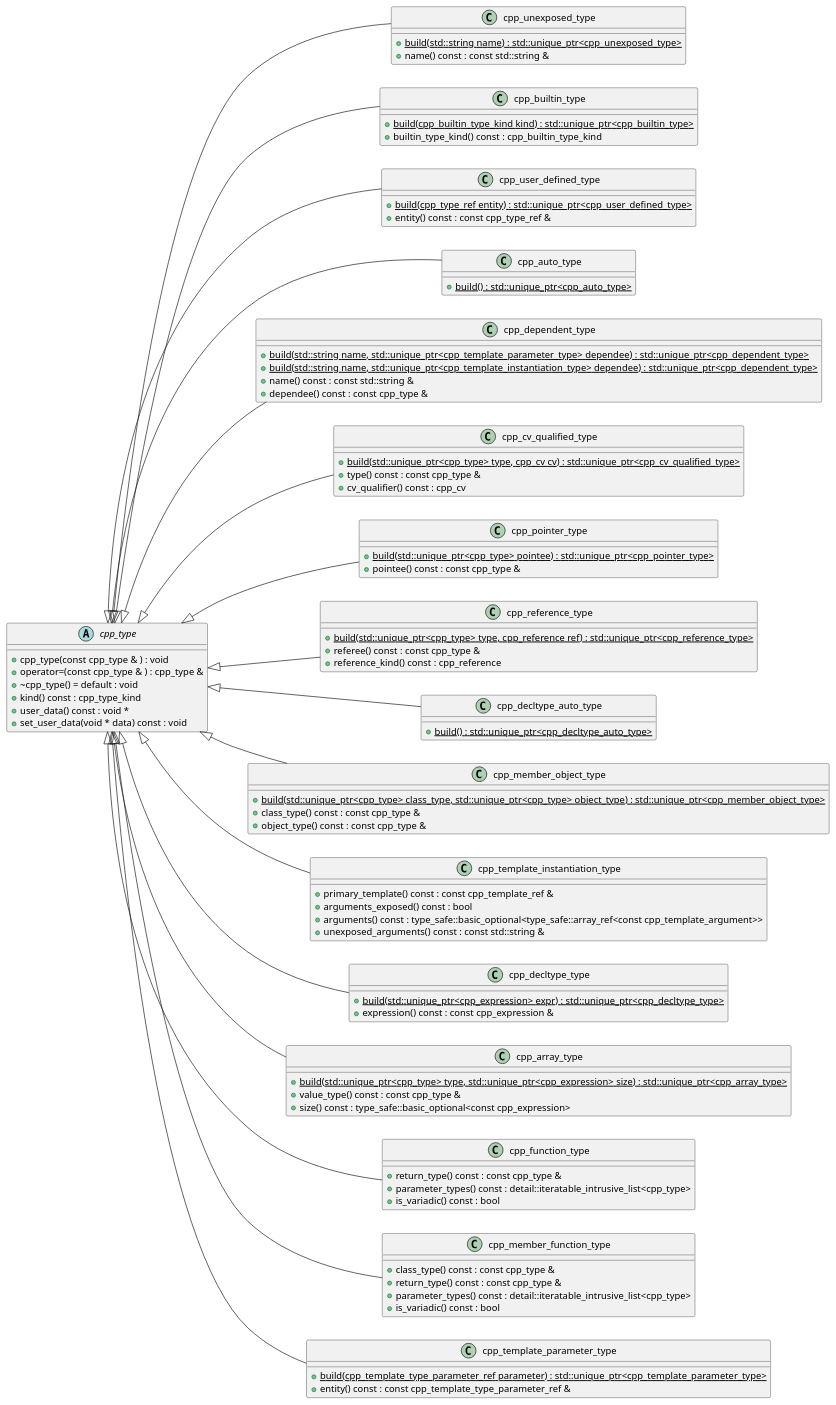
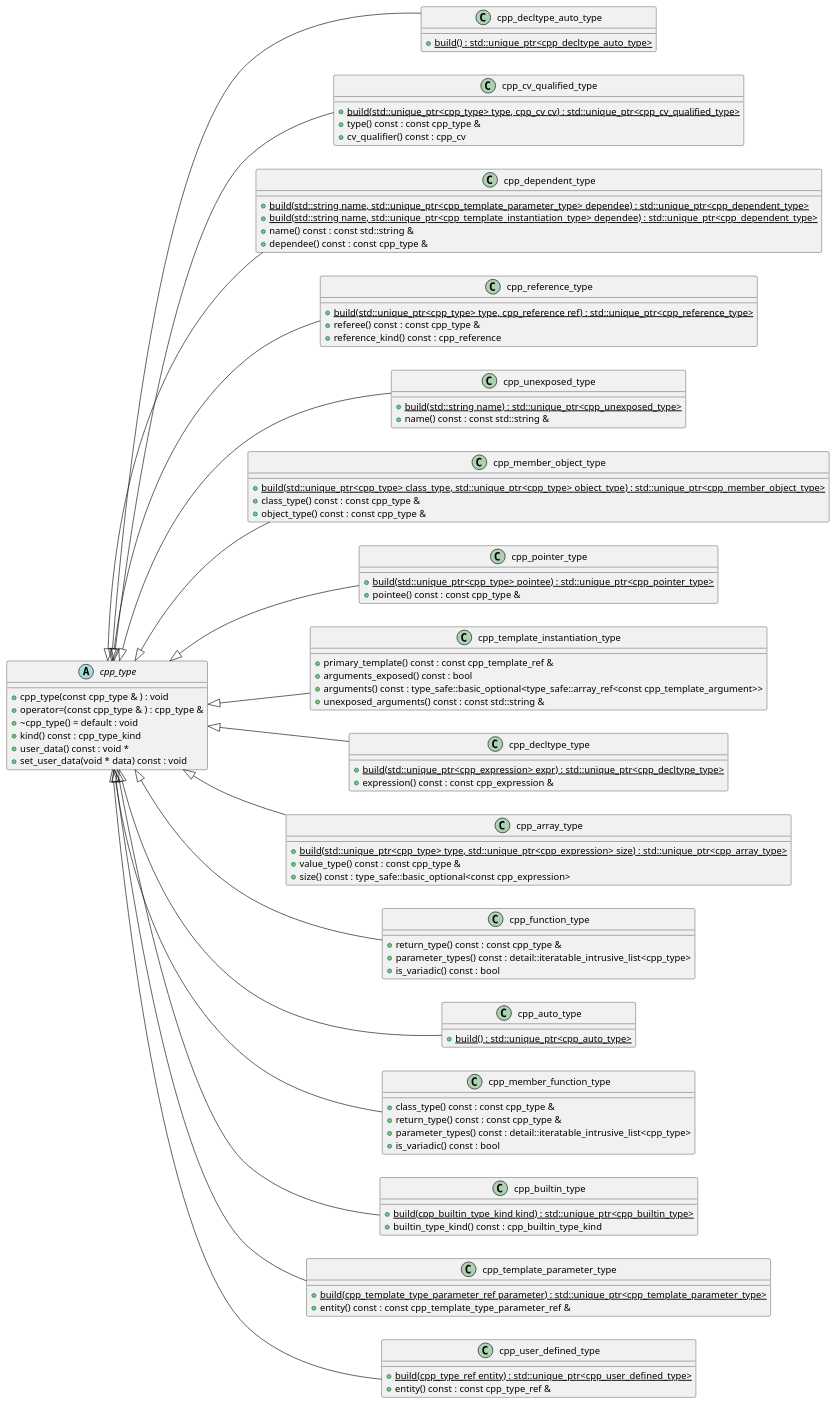
One commit to bkryza/clang-uml-examples changed the diagram in cppast/puml/cpp_type_class_hierarchy_full_diagram.puml. Above: the diagram before and after it, drawn with PlantUML. The commit also changed 33 other files, not shown here.

Commit message:
Added makefiles for automated building of example diagrams

```diff
--- a/cppast/puml/cpp_type_class_hierarchy_full_diagram.puml
+++ b/cppast/puml/cpp_type_class_hierarchy_full_diagram.puml
@@ -1,117 +1,117 @@
 @startuml
 left to right direction
-abstract "cpp_type" as C_0001585653041236922459
-abstract C_0001585653041236922459 [[https://github.com/foonathan/cppast/blob/f81be80b524a88533f7e5eefd96fe10dc59cc289/include/cppast/cpp_type.hpp#L44{Base class for all C++ types.}]] {
-+cpp_type(const cpp_type & ) : void
-+operator=(const cpp_type & ) : cpp_type &
-+~cpp_type() = default : void
-+kind() const : cpp_type_kind
-+user_data() const : void *
-+set_user_data(void * data) const : void
+class "cpp_decltype_auto_type" as C_0000026248340214462662
+class C_0000026248340214462662 [[https://github.com/foonathan/cppast/blob/f81be80b524a88533f7e5eefd96fe10dc59cc289/include/cppast/cppast_fwd.hpp#L27{cpp_decltype_auto_type}]] {
+{static} +build() : std::unique_ptr<cpp_decltype_auto_type>
 }
-class "cpp_unexposed_type" as C_0000601730303705395408
-class C_0000601730303705395408 [[https://github.com/foonathan/cppast/blob/f81be80b524a88533f7e5eefd96fe10dc59cc289/include/cppast/cpp_type.hpp#L95{An unexposed [cppast::cpp_type](). This is one where no further information besides a name is available.}]] {
-{static} +build(std::string name) : std::unique_ptr<cpp_unexposed_type>
-+name() const : const std::string &
-}
-class "cpp_builtin_type" as C_0002035785082080260407
-class C_0002035785082080260407 [[https://github.com/foonathan/cppast/blob/f81be80b524a88533f7e5eefd96fe10dc59cc289/include/cppast/cpp_type.hpp#L161{A builtin [cppast::cpp_type](). This is one where there is no associated [cppast::cpp_entity]().}]] {
-{static} +build(cpp_builtin_type_kind kind) : std::unique_ptr<cpp_builtin_type>
-+builtin_type_kind() const : cpp_builtin_type_kind
-}
-class "cpp_user_defined_type" as C_0002166954434825938188
-class C_0002166954434825938188 [[https://github.com/foonathan/cppast/blob/f81be80b524a88533f7e5eefd96fe10dc59cc289/include/cppast/cpp_type.hpp#L202{A user-defined [cppast::cpp_type](). It has an associated [cppast::cpp_entity]().}]] {
-{static} +build(cpp_type_ref entity) : std::unique_ptr<cpp_user_defined_type>
-+entity() const : const cpp_type_ref &
-}
-class "cpp_auto_type" as C_0001809003368459807767
-class C_0001809003368459807767 [[https://github.com/foonathan/cppast/blob/f81be80b524a88533f7e5eefd96fe10dc59cc289/include/cppast/cpp_type.hpp#L230{A [cppast::cpp_type]() that isn't given but deduced by `auto`.}]] {
-{static} +build() : std::unique_ptr<cpp_auto_type>
+class "cpp_cv_qualified_type" as C_0000342846994454958214
+class C_0000342846994454958214 [[https://github.com/foonathan/cppast/blob/f81be80b524a88533f7e5eefd96fe10dc59cc289/include/cppast/cppast_fwd.hpp#L26{cpp_cv_qualified_type}]] {
+{static} +build(std::unique_ptr<cpp_type> type, cpp_cv cv) : std::unique_ptr<cpp_cv_qualified_type>
++type() const : const cpp_type &
++cv_qualifier() const : cpp_cv
 }
 class "cpp_dependent_type" as C_0000507998479194737071
-class C_0000507998479194737071 [[https://github.com/foonathan/cppast/blob/f81be80b524a88533f7e5eefd96fe10dc59cc289/include/cppast/cpp_type.hpp#L249{A [cppast::cpp_type]() that depends on another type.}]] {
+class C_0000507998479194737071 [[https://github.com/foonathan/cppast/blob/f81be80b524a88533f7e5eefd96fe10dc59cc289/include/cppast/cppast_fwd.hpp#L29{cpp_dependent_type}]] {
 {static} +build(std::string name, std::unique_ptr<cpp_template_parameter_type> dependee) : std::unique_ptr<cpp_dependent_type>
 {static} +build(std::string name, std::unique_ptr<cpp_template_instantiation_type> dependee) : std::unique_ptr<cpp_dependent_type>
 +name() const : const std::string &
 +dependee() const : const cpp_type &
 }
-class "cpp_cv_qualified_type" as C_0000342846994454958214
-class C_0000342846994454958214 [[https://github.com/foonathan/cppast/blob/f81be80b524a88533f7e5eefd96fe10dc59cc289/include/cppast/cpp_type.hpp#L311{A [cppast::cpp_cv]() qualified [cppast::cpp_type]().}]] {
-{static} +build(std::unique_ptr<cpp_type> type, cpp_cv cv) : std::unique_ptr<cpp_cv_qualified_type>
-+type() const : const cpp_type &
-+cv_qualifier() const : cpp_cv
-}
-class "cpp_pointer_type" as C_0000861535705589766807
-class C_0000861535705589766807 [[https://github.com/foonathan/cppast/blob/f81be80b524a88533f7e5eefd96fe10dc59cc289/include/cppast/cpp_type.hpp#L359{A pointer to a [cppast::cpp_type]().}]] {
-{static} +build(std::unique_ptr<cpp_type> pointee) : std::unique_ptr<cpp_pointer_type>
-+pointee() const : const cpp_type &
-}
 class "cpp_reference_type" as C_0000600573949475383075
-class C_0000600573949475383075 [[https://github.com/foonathan/cppast/blob/f81be80b524a88533f7e5eefd96fe10dc59cc289/include/cppast/cpp_type.hpp#L394{A reference to a [cppast::cpp_type]().}]] {
+class C_0000600573949475383075 [[https://github.com/foonathan/cppast/blob/f81be80b524a88533f7e5eefd96fe10dc59cc289/include/cppast/cppast_fwd.hpp#L58{cpp_reference_type}]] {
 {static} +build(std::unique_ptr<cpp_type> type, cpp_reference ref) : std::unique_ptr<cpp_reference_type>
 +referee() const : const cpp_type &
 +reference_kind() const : cpp_reference
 }
-class "cpp_decltype_auto_type" as C_0000026248340214462662
-class C_0000026248340214462662 [[https://github.com/foonathan/cppast/blob/f81be80b524a88533f7e5eefd96fe10dc59cc289/include/cppast/cppast_fwd.hpp#L27{cpp_decltype_auto_type}]] {
-{static} +build() : std::unique_ptr<cpp_decltype_auto_type>
+class "cpp_unexposed_type" as C_0000601730303705395408
+class C_0000601730303705395408 [[https://github.com/foonathan/cppast/blob/f81be80b524a88533f7e5eefd96fe10dc59cc289/include/cppast/cppast_fwd.hpp#L74{cpp_unexposed_type}]] {
+{static} +build(std::string name) : std::unique_ptr<cpp_unexposed_type>
++name() const : const std::string &
 }
 class "cpp_member_object_type" as C_0000603633382993980808
 class C_0000603633382993980808 [[https://github.com/foonathan/cppast/blob/f81be80b524a88533f7e5eefd96fe10dc59cc289/include/cppast/cppast_fwd.hpp#L53{cpp_member_object_type}]] {
 {static} +build(std::unique_ptr<cpp_type> class_type, std::unique_ptr<cpp_type> object_type) : std::unique_ptr<cpp_member_object_type>
 +class_type() const : const cpp_type &
 +object_type() const : const cpp_type &
+}
+class "cpp_pointer_type" as C_0000861535705589766807
+class C_0000861535705589766807 [[https://github.com/foonathan/cppast/blob/f81be80b524a88533f7e5eefd96fe10dc59cc289/include/cppast/cppast_fwd.hpp#L57{cpp_pointer_type}]] {
+{static} +build(std::unique_ptr<cpp_type> pointee) : std::unique_ptr<cpp_pointer_type>
++pointee() const : const cpp_type &
 }
 class "cpp_template_instantiation_type" as C_0001009421424714355715
 class C_0001009421424714355715 [[https://github.com/foonathan/cppast/blob/f81be80b524a88533f7e5eefd96fe10dc59cc289/include/cppast/cppast_fwd.hpp#L63{cpp_template_instantiation_type}]] {
 +primary_template() const : const cpp_template_ref &
 +arguments_exposed() const : bool
 +arguments() const : type_safe::basic_optional<type_safe::array_ref<const cpp_template_argument>>
 +unexposed_arguments() const : const std::string &
 }
 class "cpp_decltype_type" as C_0001184982835175222056
 class C_0001184982835175222056 [[https://github.com/foonathan/cppast/blob/f81be80b524a88533f7e5eefd96fe10dc59cc289/include/cppast/cppast_fwd.hpp#L28{cpp_decltype_type}]] {
 {static} +build(std::unique_ptr<cpp_expression> expr) : std::unique_ptr<cpp_decltype_type>
 +expression() const : const cpp_expression &
 }
 class "cpp_array_type" as C_0001347498727659770075
 class C_0001347498727659770075 [[https://github.com/foonathan/cppast/blob/f81be80b524a88533f7e5eefd96fe10dc59cc289/include/cppast/cppast_fwd.hpp#L14{cpp_array_type}]] {
 {static} +build(std::unique_ptr<cpp_type> type, std::unique_ptr<cpp_expression> size) : std::unique_ptr<cpp_array_type>
 +value_type() const : const cpp_type &
 +size() const : type_safe::basic_optional<const cpp_expression>
 }
 class "cpp_function_type" as C_0001455852309215570565
 class C_0001455852309215570565 [[https://github.com/foonathan/cppast/blob/f81be80b524a88533f7e5eefd96fe10dc59cc289/include/cppast/cppast_fwd.hpp#L44{cpp_function_type}]] {
 +return_type() const : const cpp_type &
 +parameter_types() const : detail::iteratable_intrusive_list<cpp_type>
 +is_variadic() const : bool
 }
+abstract "cpp_type" as C_0001585653041236922459
+abstract C_0001585653041236922459 [[https://github.com/foonathan/cppast/blob/f81be80b524a88533f7e5eefd96fe10dc59cc289/include/cppast/cppast_fwd.hpp#L70{cpp_type}]] {
++cpp_type(const cpp_type & ) : void
++operator=(const cpp_type & ) : cpp_type &
++~cpp_type() = default : void
++kind() const : cpp_type_kind
++user_data() const : void *
++set_user_data(void * data) const : void
+}
+class "cpp_auto_type" as C_0001809003368459807767
+class C_0001809003368459807767 [[https://github.com/foonathan/cppast/blob/f81be80b524a88533f7e5eefd96fe10dc59cc289/include/cppast/cppast_fwd.hpp#L16{cpp_auto_type}]] {
+{static} +build() : std::unique_ptr<cpp_auto_type>
+}
 class "cpp_member_function_type" as C_0001956941679276907326
 class C_0001956941679276907326 [[https://github.com/foonathan/cppast/blob/f81be80b524a88533f7e5eefd96fe10dc59cc289/include/cppast/cppast_fwd.hpp#L52{cpp_member_function_type}]] {
 +class_type() const : const cpp_type &
 +return_type() const : const cpp_type &
 +parameter_types() const : detail::iteratable_intrusive_list<cpp_type>
 +is_variadic() const : bool
 }
+class "cpp_builtin_type" as C_0002035785082080260407
+class C_0002035785082080260407 [[https://github.com/foonathan/cppast/blob/f81be80b524a88533f7e5eefd96fe10dc59cc289/include/cppast/cppast_fwd.hpp#L19{cpp_builtin_type}]] {
+{static} +build(cpp_builtin_type_kind kind) : std::unique_ptr<cpp_builtin_type>
++builtin_type_kind() const : cpp_builtin_type_kind
+}
 class "cpp_template_parameter_type" as C_0002158322113857881673
 class C_0002158322113857881673 [[https://github.com/foonathan/cppast/blob/f81be80b524a88533f7e5eefd96fe10dc59cc289/include/cppast/cppast_fwd.hpp#L65{cpp_template_parameter_type}]] {
 {static} +build(cpp_template_type_parameter_ref parameter) : std::unique_ptr<cpp_template_parameter_type>
 +entity() const : const cpp_template_type_parameter_ref &
 }
+class "cpp_user_defined_type" as C_0002166954434825938188
+class C_0002166954434825938188 [[https://github.com/foonathan/cppast/blob/f81be80b524a88533f7e5eefd96fe10dc59cc289/include/cppast/cppast_fwd.hpp#L75{cpp_user_defined_type}]] {
+{static} +build(cpp_type_ref entity) : std::unique_ptr<cpp_user_defined_type>
++entity() const : const cpp_type_ref &
+}
+C_0001585653041236922459 <|-- C_0000026248340214462662
+C_0001585653041236922459 <|-- C_0000342846994454958214
+C_0001585653041236922459 <|-- C_0000507998479194737071
+C_0001585653041236922459 <|-- C_0000600573949475383075
 C_0001585653041236922459 <|-- C_0000601730303705395408
-C_0001585653041236922459 <|-- C_0002035785082080260407
-C_0001585653041236922459 <|-- C_0002166954434825938188
-C_0001585653041236922459 <|-- C_0001809003368459807767
-C_0001585653041236922459 <|-- C_0000507998479194737071
-C_0001585653041236922459 <|-- C_0000342846994454958214
+C_0001585653041236922459 <|-- C_0000603633382993980808
 C_0001585653041236922459 <|-- C_0000861535705589766807
-C_0001585653041236922459 <|-- C_0000600573949475383075
-C_0001585653041236922459 <|-- C_0000026248340214462662
-C_0001585653041236922459 <|-- C_0000603633382993980808
 C_0001585653041236922459 <|-- C_0001009421424714355715
 C_0001585653041236922459 <|-- C_0001184982835175222056
 C_0001585653041236922459 <|-- C_0001347498727659770075
 C_0001585653041236922459 <|-- C_0001455852309215570565
+C_0001585653041236922459 <|-- C_0001809003368459807767
 C_0001585653041236922459 <|-- C_0001956941679276907326
+C_0001585653041236922459 <|-- C_0002035785082080260407
 C_0001585653041236922459 <|-- C_0002158322113857881673
+C_0001585653041236922459 <|-- C_0002166954434825938188
 @enduml
```
